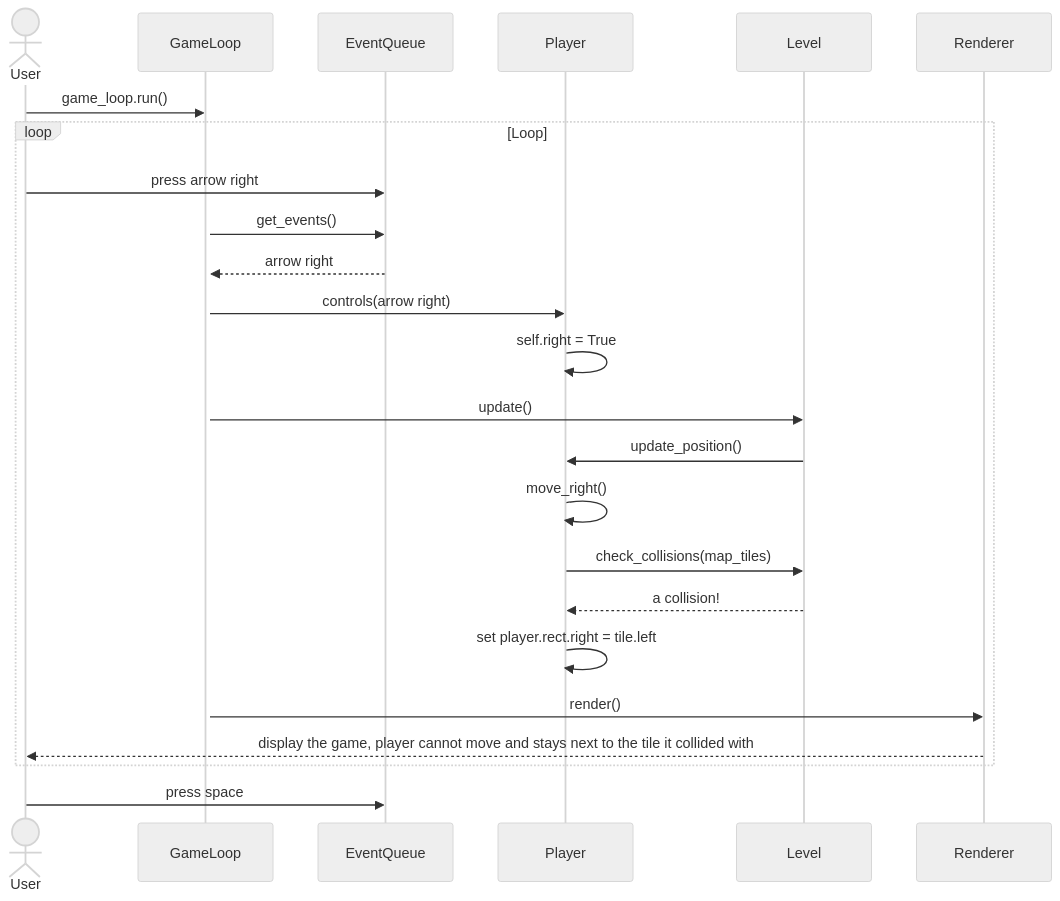
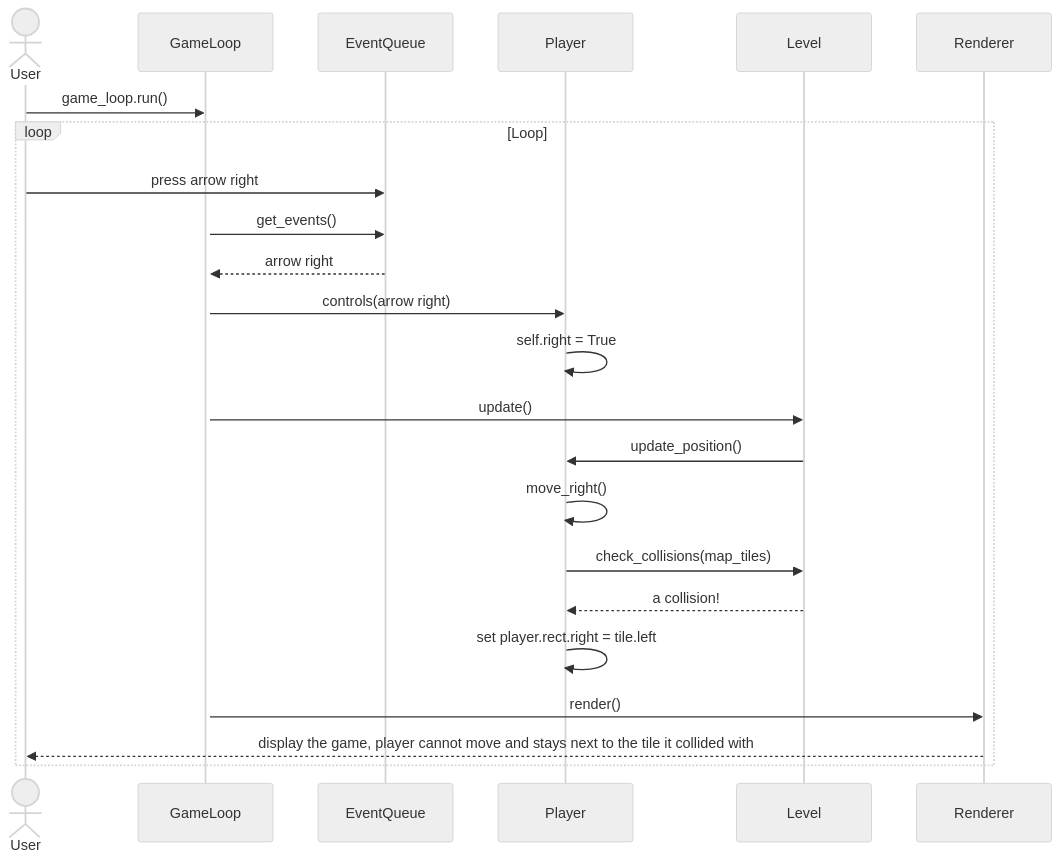
The third of 3 diagrams in documentation/architecture.md (eemilhaa/ot-harjoitustyo), drawn with Mermaid (neutral theme) before and after one commit.

````diff
--- a/documentation/architecture.md
+++ b/documentation/architecture.md
@@ -197,25 +197,23 @@
 ```mermaid
 sequenceDiagram
 actor User
 
 User->>GameLoop: game_loop.run()
 activate GameLoop
 loop Loop
   User->>EventQueue: press arrow right
   GameLoop->>EventQueue: get_events()
   EventQueue-->>GameLoop: arrow right
   GameLoop->>Player: controls(arrow right)
   Player->>Player: self.right = True
   
   GameLoop->>Level: update()
   Level->>Player: update_position()
   Player->>Player: move_right()
   Player->>Level: check_collisions(map_tiles)
   Level-->>Player: a collision!
   Player->>Player: set player.rect.right = tile.left 
   GameLoop->>Renderer: render()
   Renderer-->>User: display the game, player cannot move and stays next to the tile it collided with
 end
-User->>EventQueue: press space
-
 ```
````
